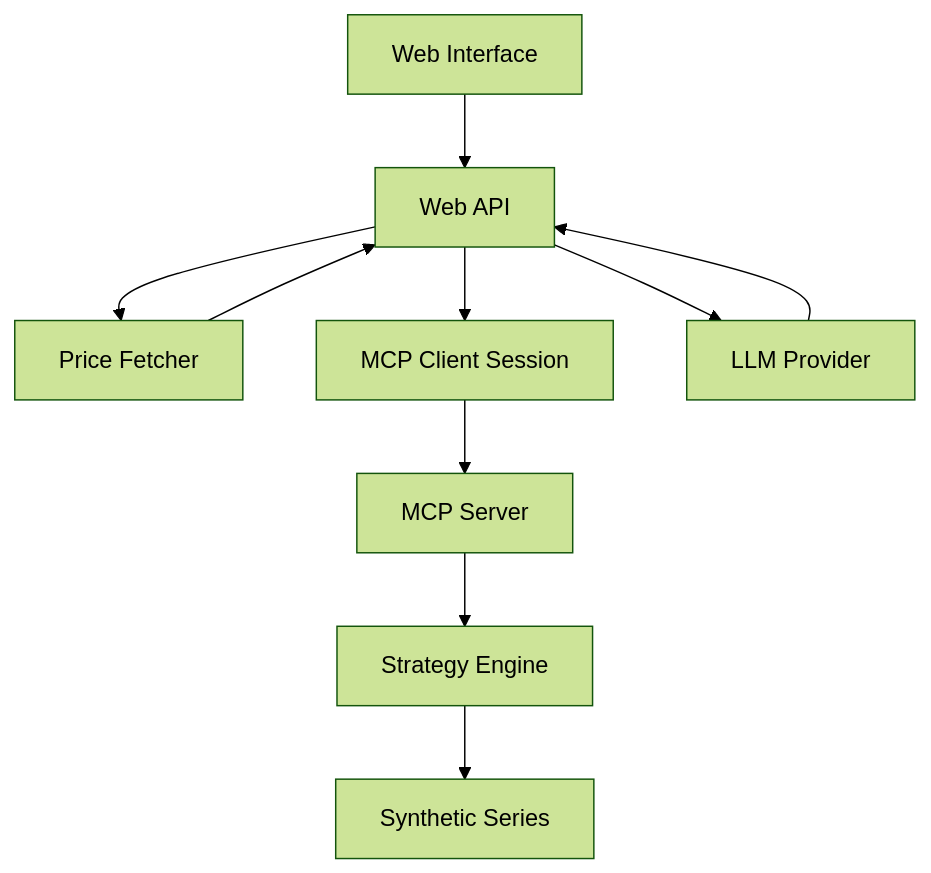
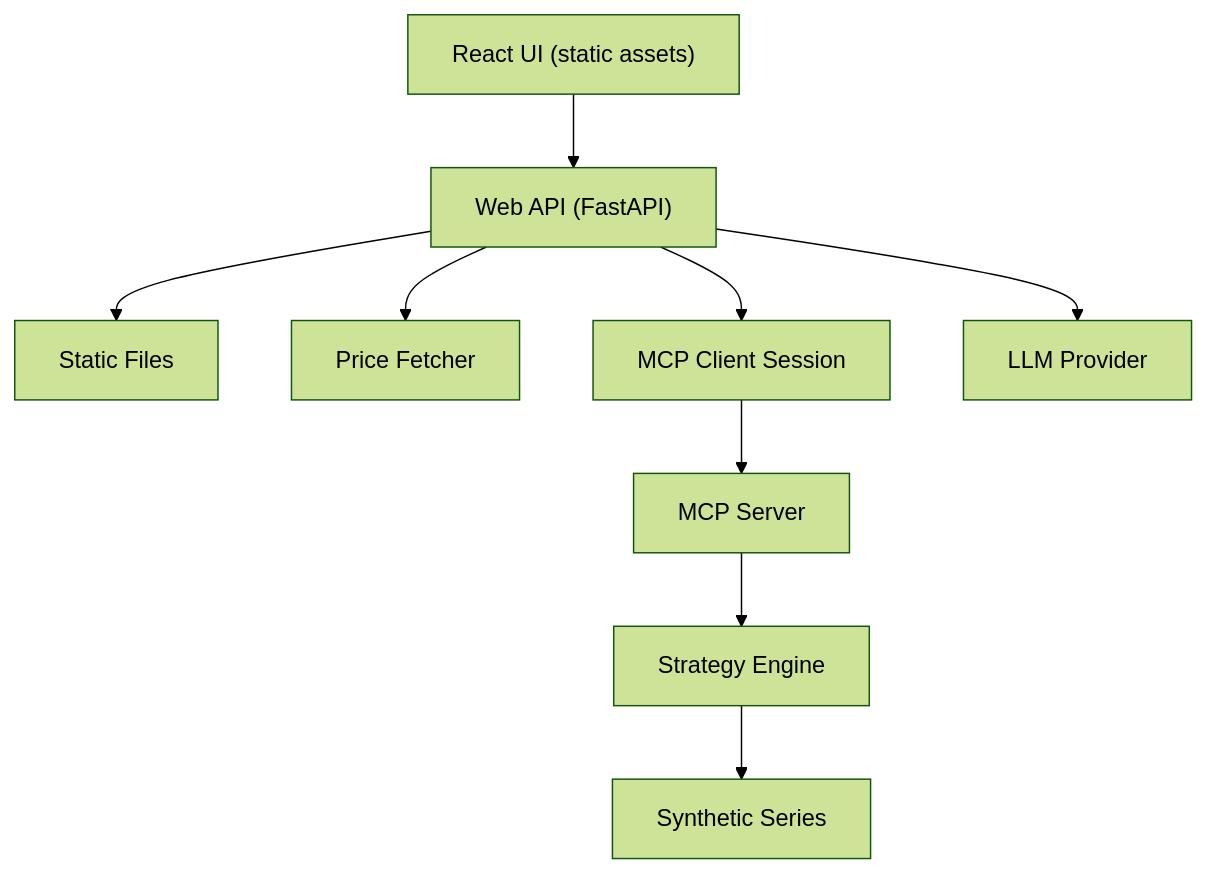
Before and after one commit to kpmatta/quant_strategy_lab: the diagram in docs/architecture.md, drawn with Mermaid (forest theme). The commit also changed other lines of this file and 6 other files, not shown here.

````diff
--- a/docs/architecture.md
+++ b/docs/architecture.md
@@ -9,10 +9,11 @@
 ```mermaid
 flowchart TB
-    ui["Web Interface"] --> api["Web API"]
-    api --> price["Price Fetcher"] & mcpclient["MCP Client Session"] & llm["LLM Provider"]
-    price --> api
+    ui["React UI (static assets)"] --> api["Web API (FastAPI)"]
+    api --> static["Static Files"]
+    api --> price["Price Fetcher"]
+    api --> mcpclient["MCP Client Session"]
+    api --> llm["LLM Provider"]
     mcpclient --> mcp["MCP Server"]
     mcp --> engine["Strategy Engine"]
     engine --> synth["Synthetic Series"]
-    llm --> api
 ```
````
